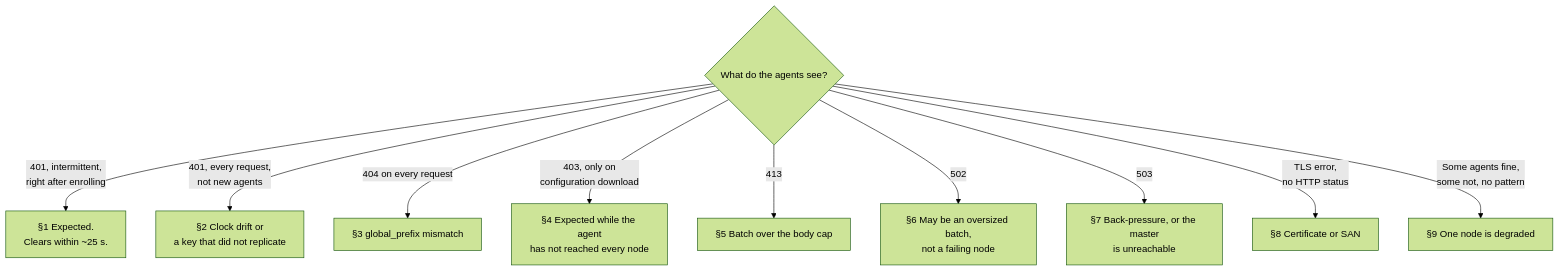
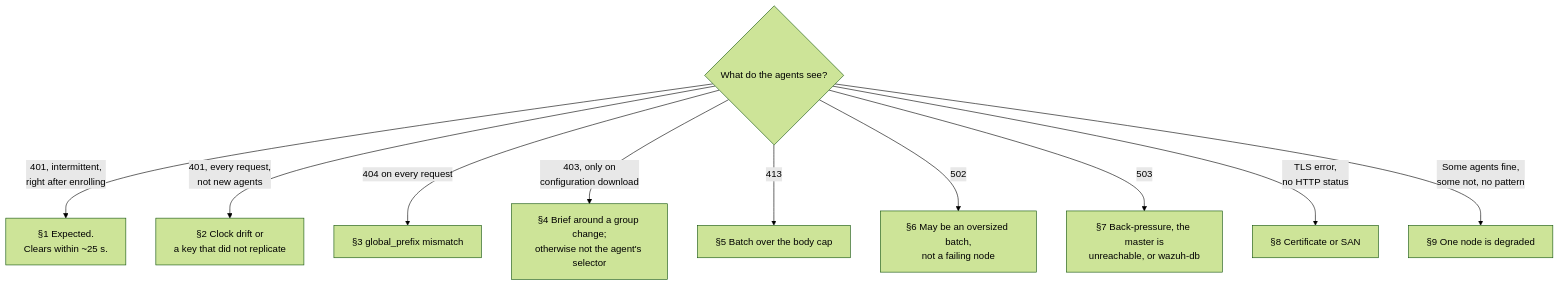
One commit to wazuh/wazuh changed the first of 2 diagrams in docs/ref/modules/cluster/lb-troubleshooting.md. Above: the diagram before and after it, drawn with Mermaid (forest theme). The commit also changed other lines of this file and 2 other files, not shown here.

First line of the commit message:
docs(cluster): describe cross-node configuration downloads in the load-balancer guides

````diff
--- a/docs/ref/modules/cluster/lb-troubleshooting.md
+++ b/docs/ref/modules/cluster/lb-troubleshooting.md
@@ -14,14 +14,14 @@
 ```mermaid
 flowchart TD
     S{"What do the agents see?"}
 
     S -->|"401, intermittent,<br/>right after enrolling"| A["§1 Expected.<br/>Clears within ~25 s."]
     S -->|"401, every request,<br/>not new agents"| B["§2 Clock drift or<br/>a key that did not replicate"]
     S -->|"404 on every request"| C["§3 global_prefix mismatch"]
-    S -->|"403, only on<br/>configuration download"| D["§4 Expected while the agent<br/>has not reached every node"]
+    S -->|"403, only on<br/>configuration download"| D["§4 Brief around a group change;<br/>otherwise not the agent's selector"]
     S -->|"413"| E["§5 Batch over the body cap"]
     S -->|"502"| F["§6 May be an oversized batch,<br/>not a failing node"]
-    S -->|"503"| G["§7 Back-pressure, or the master<br/>is unreachable"]
+    S -->|"503"| G["§7 Back-pressure, the master is<br/>unreachable, or wazuh-db"]
     S -->|"TLS error,<br/>no HTTP status"| H["§8 Certificate or SAN"]
     S -->|"Some agents fine,<br/>some not, no pattern"| I["§9 One node is degraded"]
 ```
````
